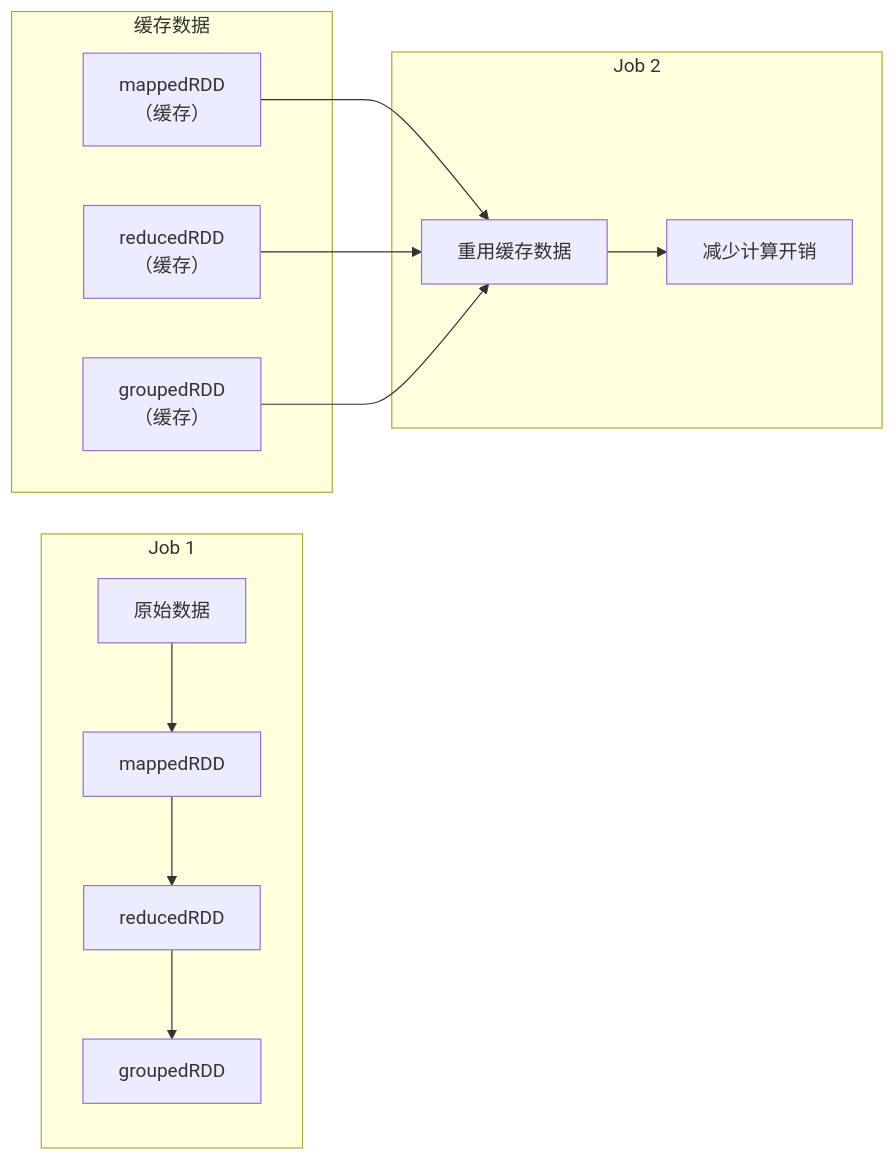
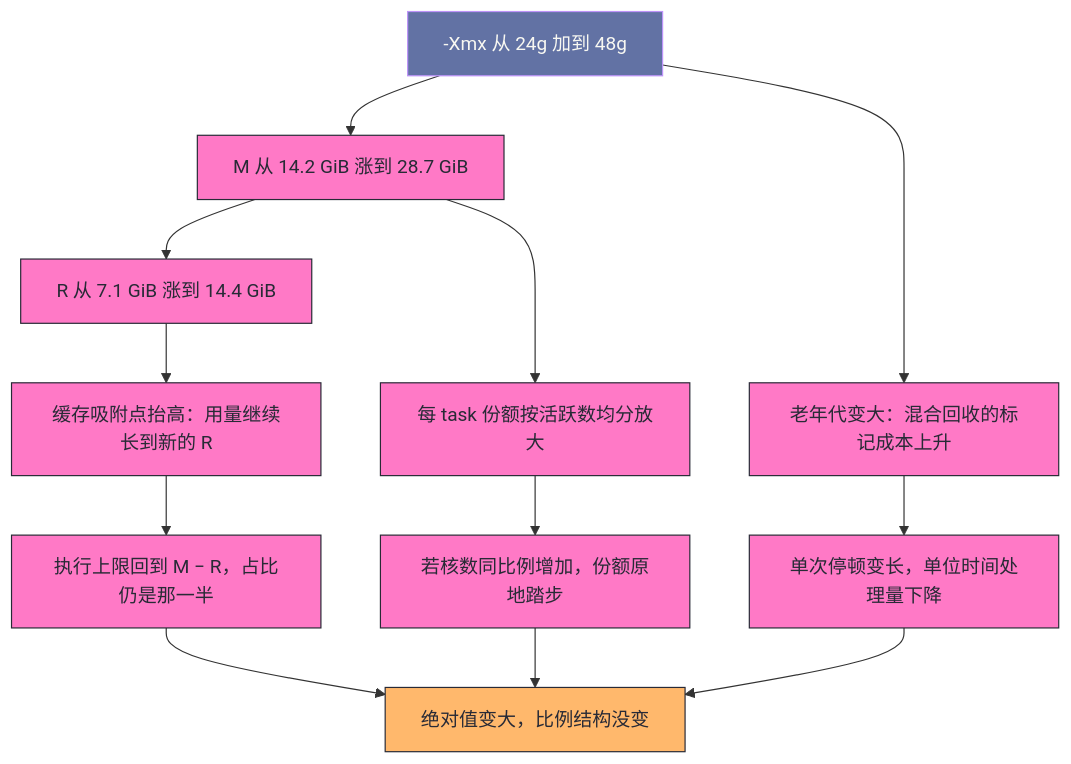
One commit to hpliStartAgain/my-brain changed the fifth of 5 diagrams in content/大数据/Spark/读书笔记-spark内核/04_存储与容错机制/1. Spark内存管理机制.md. Above: the diagram before and after it, drawn with Mermaid. The commit also changed other lines of this file and 259 other files, not shown here.

````diff
--- a/content/大数据/Spark/读书笔记-spark内核/04_存储与容错机制/1. Spark内存管理机制.md
+++ b/content/大数据/Spark/读书笔记-spark内核/04_存储与容错机制/1. Spark内存管理机制.md
@@ -163,22 +503,21 @@
 ```mermaid
-flowchart LR
-    subgraph "Job 1"
-        A["原始数据"] --> B["mappedRDD"]
-        B --> C["reducedRDD"]
-        C --> D["groupedRDD"]
-    end
-    
-    subgraph "缓存数据"
-        E["mappedRDD<br>（缓存）"]
-        F["reducedRDD<br>（缓存）"]
-        G["groupedRDD<br>（缓存）"]
-    end
-    
-    subgraph "Job 2"
-        H["重用缓存数据"] --> I["减少计算开销"]
-    end
-    
-    E --> H
-    F --> H
-    G --> H
+%%{init: {'theme': 'dracula'}}%%
+flowchart TD
+    A["-Xmx 从 24g 加到 48g"] --> B["M 从 14.2 GiB 涨到 28.7 GiB"]
+    B --> C["R 从 7.1 GiB 涨到 14.4 GiB"]
+    C --> D["缓存吸附点抬高：用量继续长到新的 R"]
+    D --> E["执行上限回到 M − R，占比仍是那一半"]
+    B --> F["每 task 份额按活跃数均分放大"]
+    F --> G["若核数同比例增加，份额原地踏步"]
+    A --> H["老年代变大：混合回收的标记成本上升"]
+    H --> I["单次停顿变长，单位时间处理量下降"]
+    E --> J["绝对值变大，比例结构没变"]
+    G --> J
+    I --> J
+    classDef start fill:#6272a4,stroke:#bd93f9,color:#f8f8f2
+    classDef mid fill:#ff79c6,stroke:#282a36,color:#282a36
+    classDef end2 fill:#ffb86c,stroke:#282a36,color:#282a36
+    class A start
+    class B,C,D,E,F,G,H,I mid
+    class J end2
 ```
````
